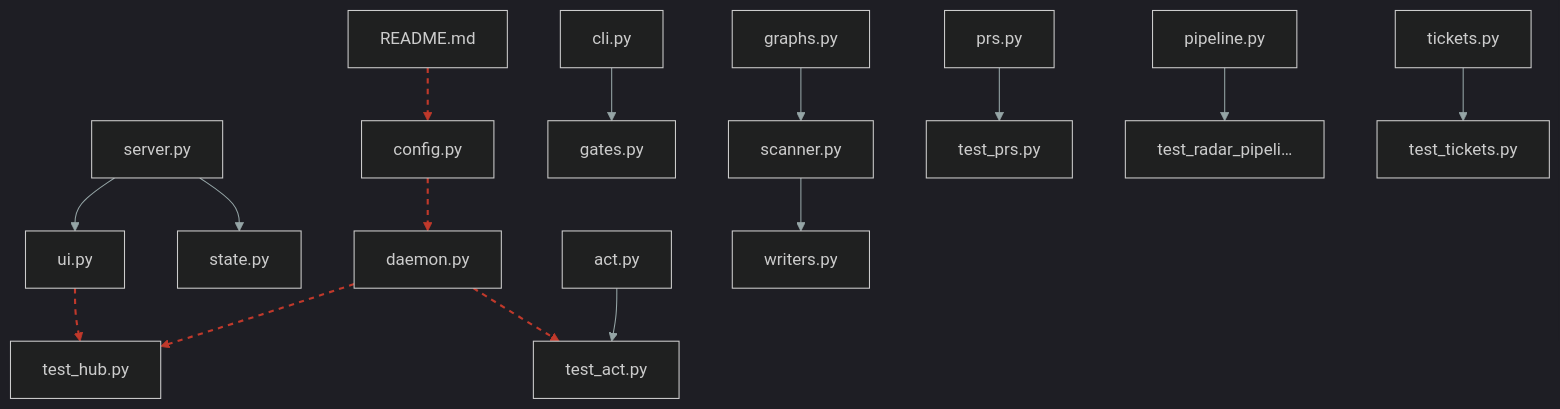
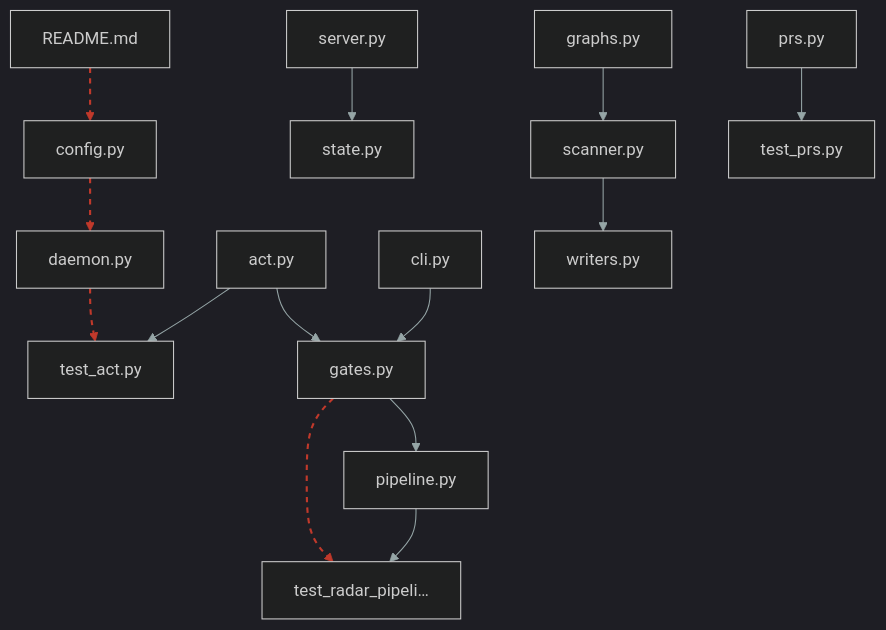
One commit to hhleroy97/repo-scan changed the diagram in docs/reports/coupling.md. Above: the diagram before and after it, drawn with Mermaid (dark theme). The commit also changed other lines of this file and 16 other files, not shown here.

````diff
--- a/docs/reports/coupling.md
+++ b/docs/reports/coupling.md
@@ -8,51 +8,45 @@
 ```mermaid
 graph TD
   README_md["README.md"]
   repo_scan_config_py["config.py"]
   repo_scan_graphs_py["graphs.py"]
   repo_scan_hub_daemon_py["daemon.py"]
   repo_scan_hub_prs_py["prs.py"]
   repo_scan_hub_server_py["server.py"]
   repo_scan_hub_state_py["state.py"]
-  repo_scan_hub_ui_py["ui.py"]
   repo_scan_radar_act_py["act.py"]
   repo_scan_radar_cli_py["cli.py"]
   repo_scan_radar_gates_py["gates.py"]
   repo_scan_radar_pipeline_py["pipeline.py"]
   repo_scan_scanner_py["scanner.py"]
-  repo_scan_tickets_py["tickets.py"]
   repo_scan_writers_py["writers.py"]
   tests_test_act_py["test_act.py"]
-  tests_test_hub_py["test_hub.py"]
   tests_test_prs_py["test_prs.py"]
   tests_test_radar_pipeline_py["test_radar_pipeli…"]
-  tests_test_tickets_py["test_tickets.py"]
   repo_scan_hub_prs_py --> tests_test_prs_py
   repo_scan_radar_cli_py --> repo_scan_radar_gates_py
-  repo_scan_hub_server_py --> repo_scan_hub_ui_py
-  repo_scan_tickets_py --> tests_test_tickets_py
   repo_scan_hub_daemon_py --> tests_test_act_py
   repo_scan_radar_pipeline_py --> tests_test_radar_pipeline_py
+  repo_scan_hub_server_py --> repo_scan_hub_state_py
+  repo_scan_graphs_py --> repo_scan_scanner_py
+  repo_scan_scanner_py --> repo_scan_writers_py
+  repo_scan_config_py --> repo_scan_hub_daemon_py
   repo_scan_radar_act_py --> tests_test_act_py
-  repo_scan_graphs_py --> repo_scan_scanner_py
-  repo_scan_config_py --> repo_scan_hub_daemon_py
-  repo_scan_scanner_py --> repo_scan_writers_py
+  repo_scan_radar_gates_py --> tests_test_radar_pipeline_py
   README_md --> repo_scan_config_py
-  repo_scan_hub_ui_py --> tests_test_hub_py
-  repo_scan_hub_daemon_py --> tests_test_hub_py
-  repo_scan_hub_server_py --> repo_scan_hub_state_py
+  repo_scan_radar_gates_py --> repo_scan_radar_pipeline_py
+  repo_scan_radar_act_py --> repo_scan_radar_gates_py
 linkStyle 0 stroke:#95a5a6,stroke-width:1px
 linkStyle 1 stroke:#95a5a6,stroke-width:1px
-linkStyle 2 stroke:#95a5a6,stroke-width:1px
+linkStyle 2 stroke:#c0392b,stroke-width:2px,stroke-dasharray: 5 5
 linkStyle 3 stroke:#95a5a6,stroke-width:1px
-linkStyle 4 stroke:#c0392b,stroke-width:2px,stroke-dasharray: 5 5
+linkStyle 4 stroke:#95a5a6,stroke-width:1px
 linkStyle 5 stroke:#95a5a6,stroke-width:1px
 linkStyle 6 stroke:#95a5a6,stroke-width:1px
-linkStyle 7 stroke:#95a5a6,stroke-width:1px
-linkStyle 8 stroke:#c0392b,stroke-width:2px,stroke-dasharray: 5 5
-linkStyle 9 stroke:#95a5a6,stroke-width:1px
+linkStyle 7 stroke:#c0392b,stroke-width:2px,stroke-dasharray: 5 5
+linkStyle 8 stroke:#95a5a6,stroke-width:1px
+linkStyle 9 stroke:#c0392b,stroke-width:2px,stroke-dasharray: 5 5
 linkStyle 10 stroke:#c0392b,stroke-width:2px,stroke-dasharray: 5 5
-linkStyle 11 stroke:#c0392b,stroke-width:2px,stroke-dasharray: 5 5
-linkStyle 12 stroke:#c0392b,stroke-width:2px,stroke-dasharray: 5 5
-linkStyle 13 stroke:#95a5a6,stroke-width:1px
+linkStyle 11 stroke:#95a5a6,stroke-width:1px
+linkStyle 12 stroke:#95a5a6,stroke-width:1px
 ```
````
